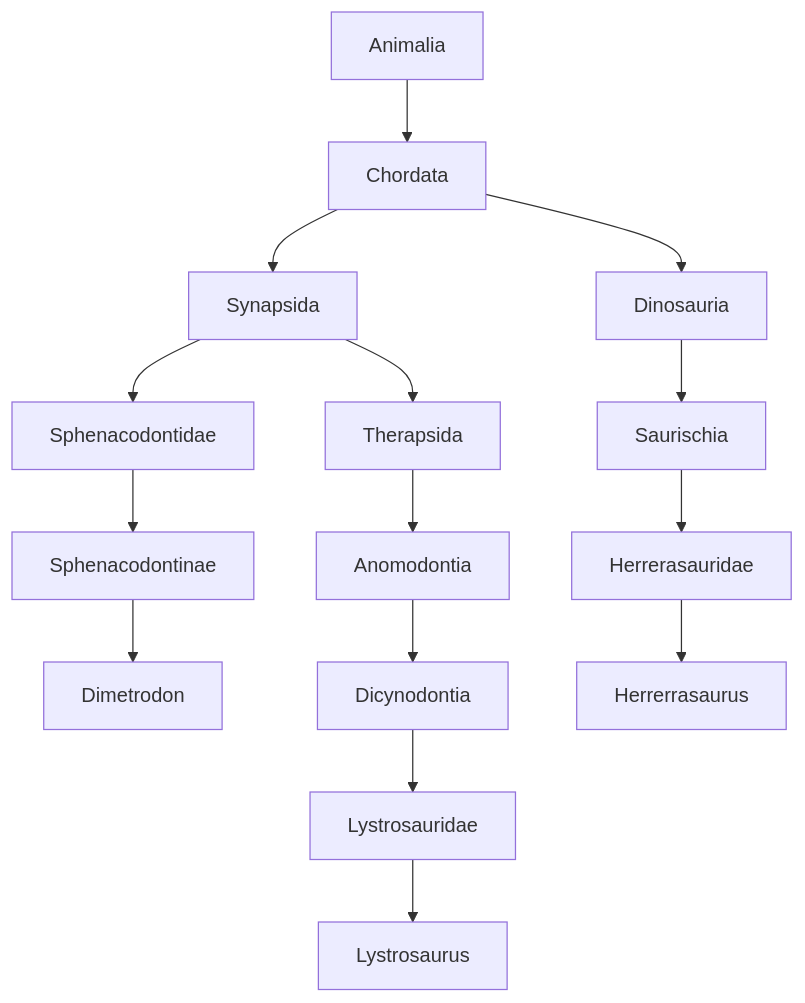
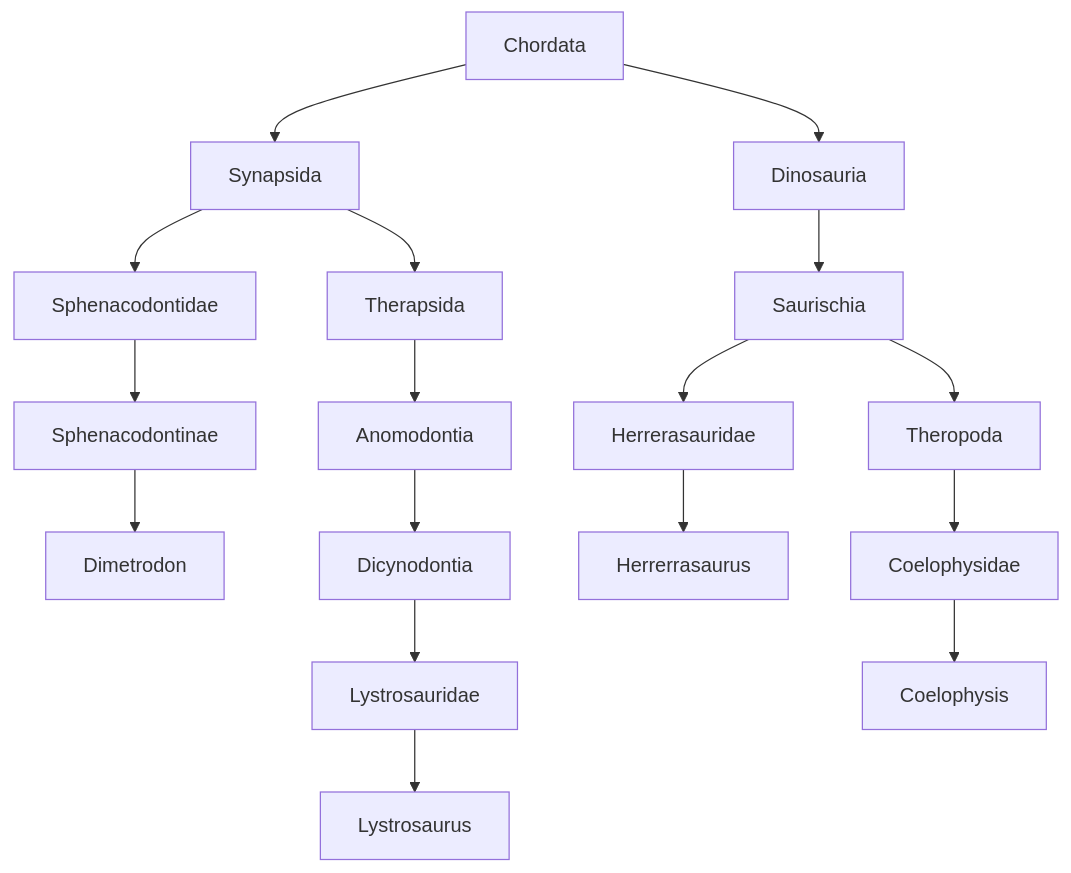
One commit to jackdixonryan/JWE2-Taxonomy changed the diagram in readme.md. Above: the diagram before and after it, drawn with Mermaid.

Commit message:
Update readme.md
Rearranged and added Coelophysis

````diff
--- a/readme.md
+++ b/readme.md
@@ -3,20 +3,27 @@
 ```mermaid
 graph TD;
 
-Animalia-->Chordata
 Chordata-->Synapsida
+Chordata-->Dinosauria
+
 Synapsida-->Sphenacodontidae
+Synapsida-->Therapsida
+
 Sphenacodontidae-->Sphenacodontinae
 Sphenacodontinae-->Dimetrodon
 
-Synapsida-->Therapsida
 Therapsida-->Anomodontia
 Anomodontia-->Dicynodontia
 Dicynodontia-->Lystrosauridae
 Lystrosauridae-->Lystrosaurus
 
-Chordata-->Dinosauria
 Dinosauria-->Saurischia
+
 Saurischia-->Herrerasauridae
+Saurischia-->Theropoda
+
 Herrerasauridae-->Herrerrasaurus
+
+Theropoda-->Coelophysidae
+Coelophysidae-->Coelophysis
 ```
````
